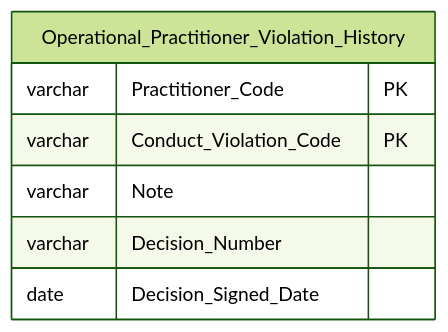
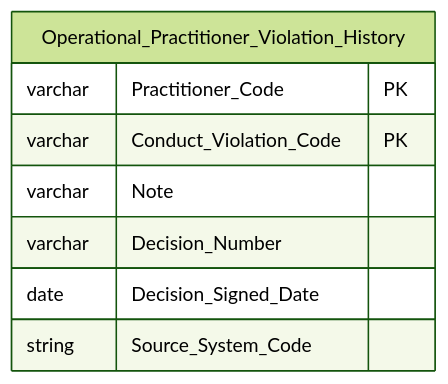
One commit to linhlvit/ubck_atomic_design changed diagram 36 of 40 in Datamart/hld/DTM_NHNCK_HLD.md. Above: the diagram before and after it, drawn with Mermaid (forest theme). The commit also changed other lines of this file and 8 other files, not shown here.

````diff
--- a/Datamart/hld/DTM_NHNCK_HLD.md
+++ b/Datamart/hld/DTM_NHNCK_HLD.md
@@ -1470,11 +1479,12 @@
 ```mermaid
 erDiagram
     Operational_Practitioner_Violation_History {
         varchar Practitioner_Code PK
         varchar Conduct_Violation_Code PK
         varchar Note
         varchar Decision_Number
         date Decision_Signed_Date
+        string Source_System_Code
 
     }
 ```
````
